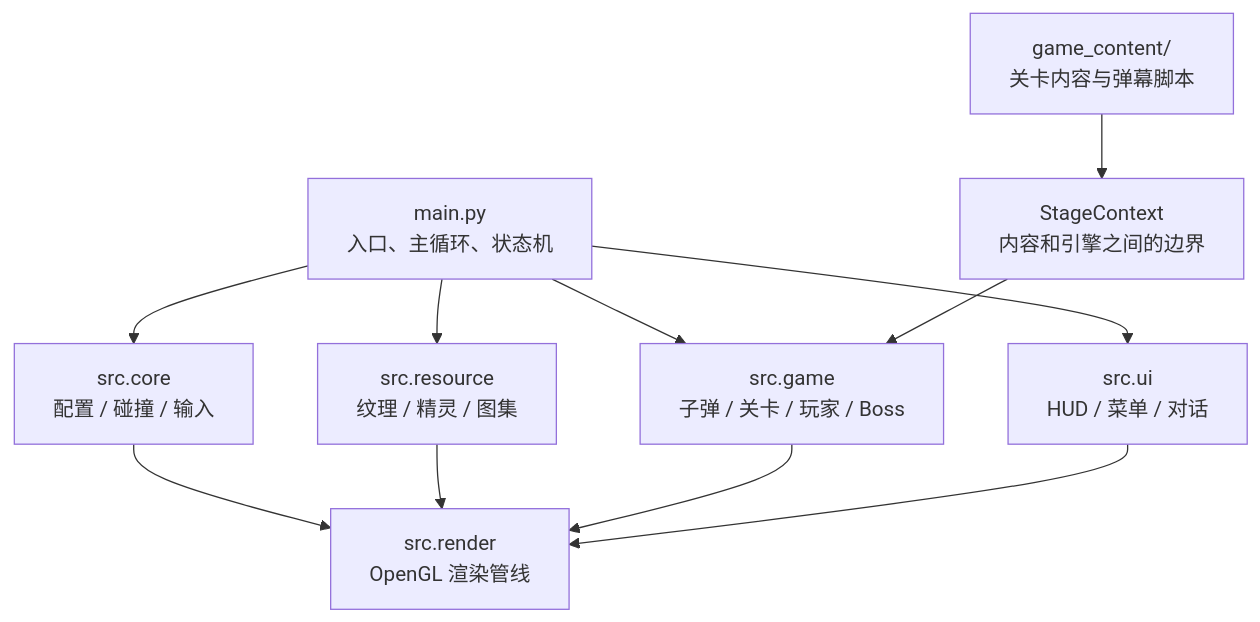
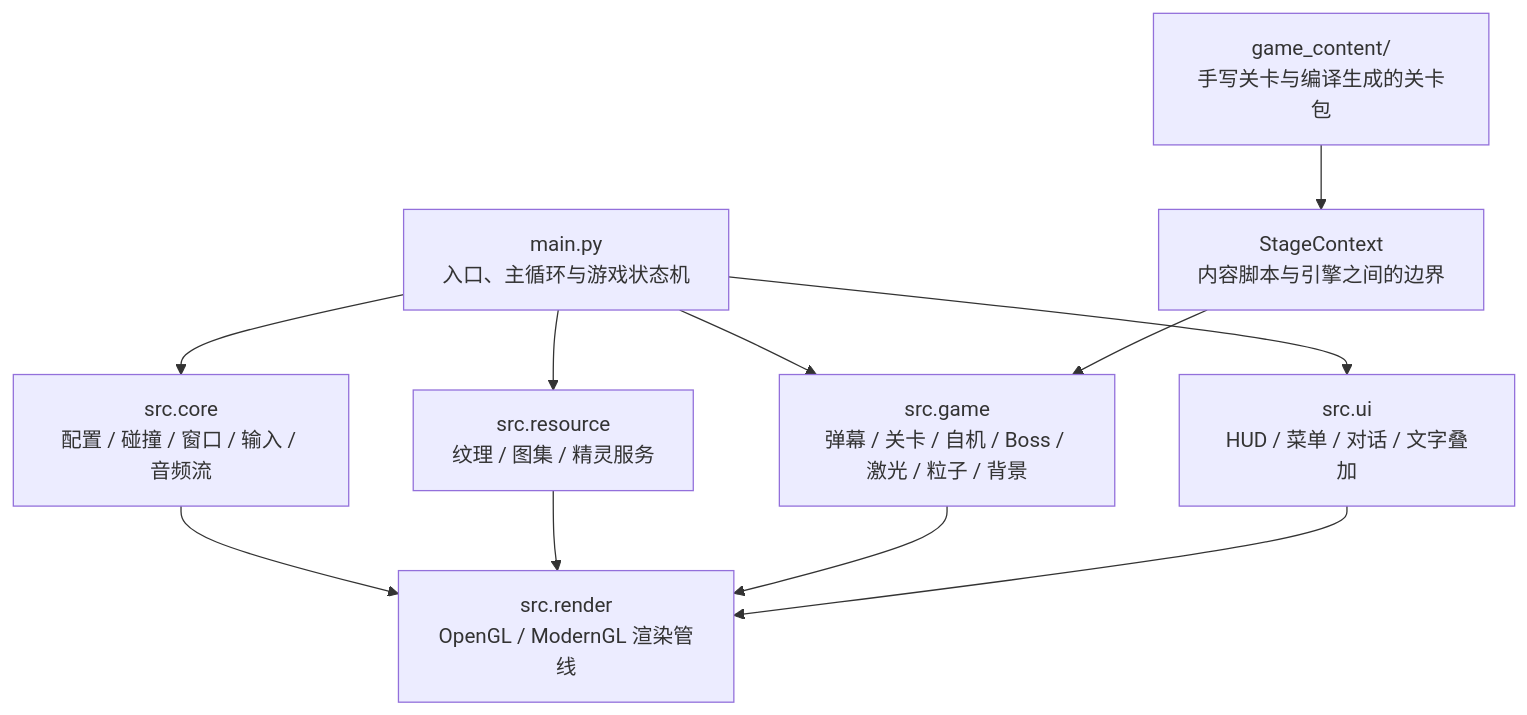
The first of 6 diagrams in docs/architecture.md (qwqpap/PythonSTG), drawn with Mermaid before and after one commit. The commit also changed other lines of this file and 19 other files, not shown here.

````diff
--- a/docs/architecture.md
+++ b/docs/architecture.md
@@ -9,21 +7,21 @@
 ```mermaid
 flowchart TB
-    main["main.py<br/>入口、主循环、状态机"]
-    core["src.core<br/>配置 / 碰撞 / 输入"]
-    resource["src.resource<br/>纹理 / 精灵 / 图集"]
-    game["src.game<br/>子弹 / 关卡 / 玩家 / Boss"]
-    ui["src.ui<br/>HUD / 菜单 / 对话"]
-    render["src.render<br/>OpenGL 渲染管线"]
-    content["game_content/<br/>关卡内容与弹幕脚本"]
-    ctx["StageContext<br/>内容和引擎之间的边界"]
+    main["main.py<br/>入口、主循环与游戏状态机"]
+    core["src.core<br/>配置 / 碰撞 / 窗口 / 输入 / 音频流"]
+    resource["src.resource<br/>纹理 / 图集 / 精灵服务"]
+    game["src.game<br/>弹幕 / 关卡 / 自机 / Boss / 激光 / 粒子 / 背景"]
+    ui["src.ui<br/>HUD / 菜单 / 对话 / 文字叠加"]
+    render["src.render<br/>OpenGL / ModernGL 渲染管线"]
+    content["game_content/<br/>手写关卡与编译生成的关卡包"]
+    ctx["StageContext<br/>内容脚本与引擎之间的边界"]
 
     main --> core
     main --> resource
     main --> game
     main --> ui
     core --> render
     resource --> render
     game --> render
     ui --> render
     content --> ctx --> game
 ```
````
